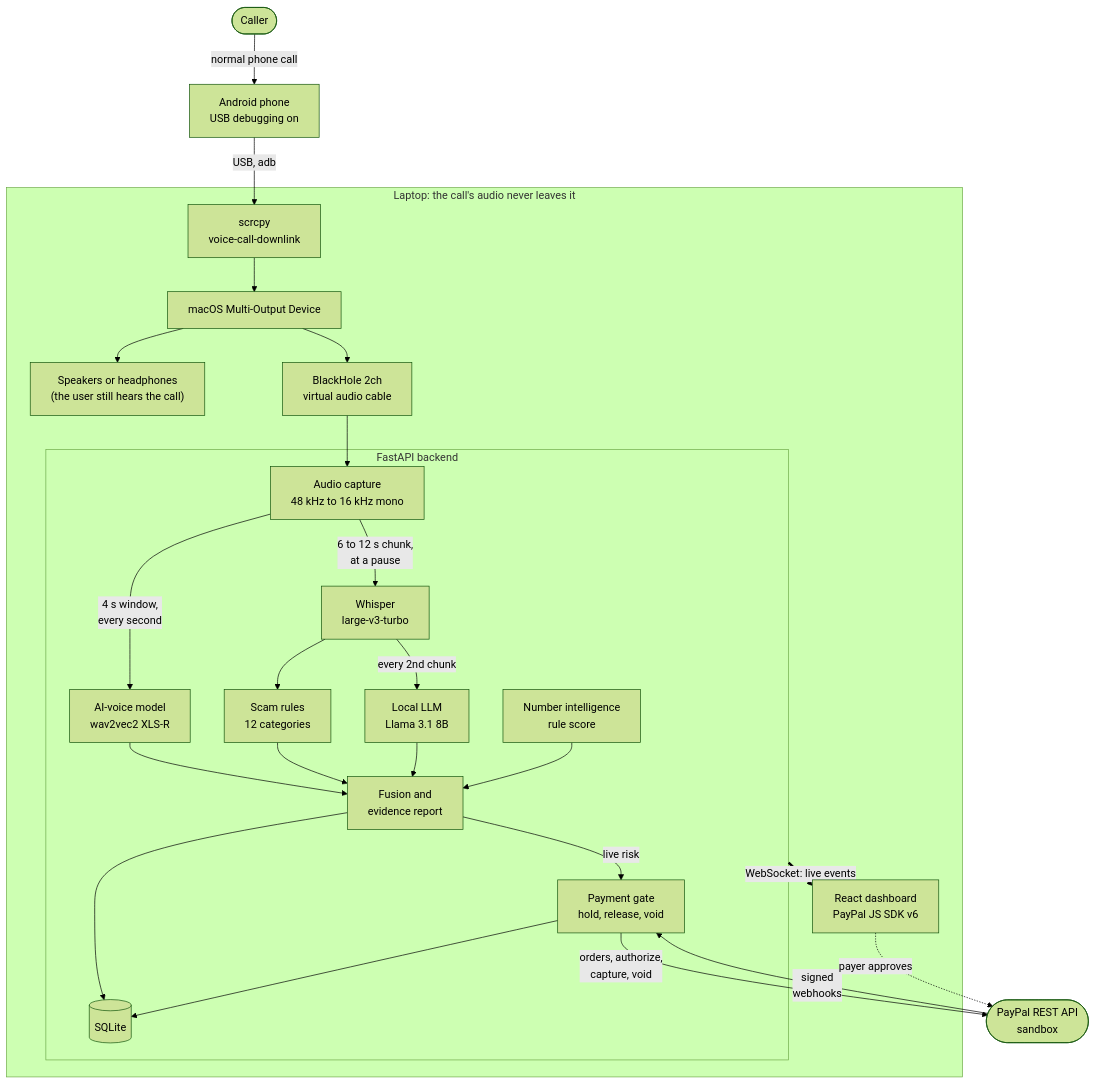
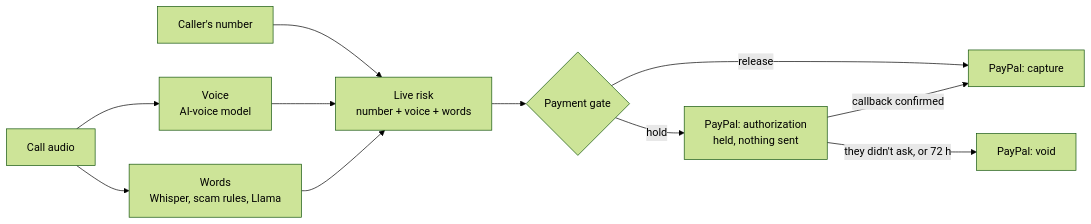
The first of 2 diagrams in README.md (YADUNANDAN-SINGH/Veracity), drawn with Mermaid (forest theme) before and after one commit. The commit also changed other lines of this file and 6 other files, not shown here.

Commit message:
Rewrite README.md for PayPal AI Hackathon judges and update screenshots

````diff
--- a/README.md
+++ b/README.md
@@ -197,34 +53,13 @@
 ```mermaid
-flowchart TB
-    CALLER(["Caller"]) -- "normal phone call" --> PHONE["Android phone<br/>USB debugging on"]
-    PHONE -- "USB, adb" --> SCRCPY["scrcpy<br/>voice-call-downlink"]
-
-    subgraph LAPTOP["Laptop: the call's audio never leaves it"]
-        SCRCPY --> MOD["macOS Multi-Output Device"]
-        MOD --> SPK["Speakers or headphones<br/>(the user still hears the call)"]
-        MOD --> BH["BlackHole 2ch<br/>virtual audio cable"]
-
-        subgraph BACKEND["FastAPI backend"]
-            CAP["Audio capture<br/>48 kHz to 16 kHz mono"]
-            CAP -- "4 s window,<br/>every second" --> VOICE["AI-voice model<br/>wav2vec2 XLS-R"]
-            CAP -- "6 to 12 s chunk,<br/>at a pause" --> STT["Whisper<br/>large-v3-turbo"]
-            STT --> RULES["Scam rules<br/>12 categories"]
-            STT -- "every 2nd chunk" --> LLM["Local LLM<br/>Llama 3.1 8B"]
-            NUM["Number intelligence<br/>rule score"]
-            VOICE --> FUSE["Fusion and<br/>evidence report"]
-            RULES --> FUSE
-            LLM --> FUSE
-            NUM --> FUSE
-            FUSE --> DB[("SQLite")]
-            FUSE -- "live risk" --> GATE["Payment gate<br/>hold, release, void"]
-            GATE --> DB
-        end
-
-        BH --> CAP
-        BACKEND == "WebSocket: live events" ==> UI["React dashboard<br/>PayPal JS SDK v6"]
-    end
-
-    GATE -- "orders, authorize,<br/>capture, void" --> PAYPAL(["PayPal REST API<br/>sandbox"])
-    PAYPAL -- "signed<br/>webhooks" --> GATE
-    UI -. "payer approves" .-> PAYPAL
+flowchart LR
+    A["Call audio"] --> V["Voice<br/>AI-voice model"]
+    A --> W["Words<br/>Whisper, scam rules, Llama"]
+    N["Caller's number"] --> R
+    V --> R["Live risk<br/>number + voice + words"]
+    W --> R
+    R --> G{"Payment gate"}
+    G -- "release" --> C["PayPal: capture"]
+    G -- "hold" --> H["PayPal: authorization<br/>held, nothing sent"]
+    H -- "callback confirmed" --> C
+    H -- "they didn't ask, or 72 h" --> X["PayPal: void"]
 ```
````
